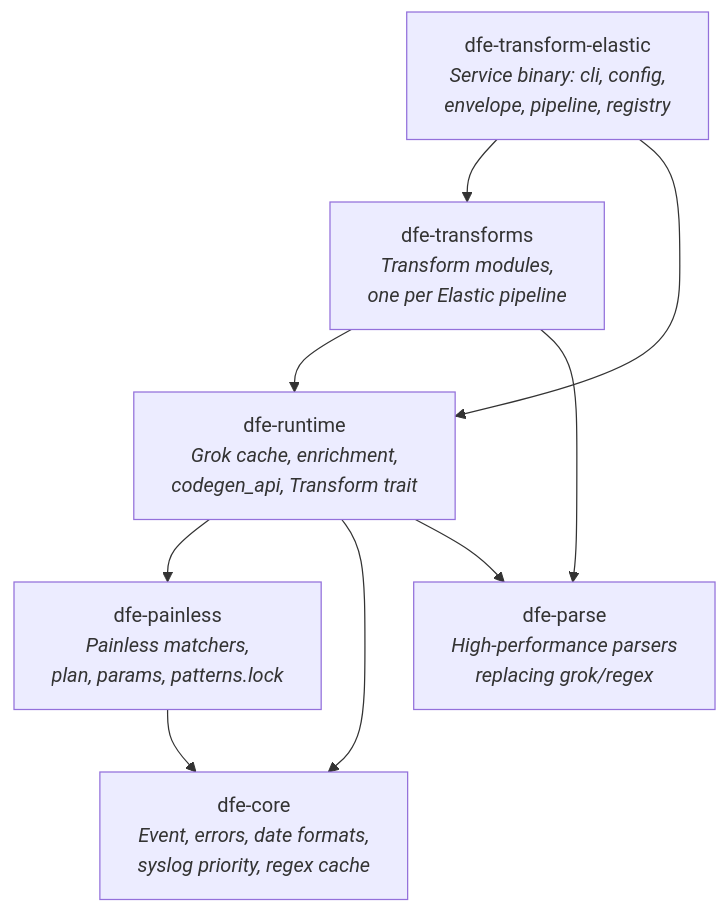
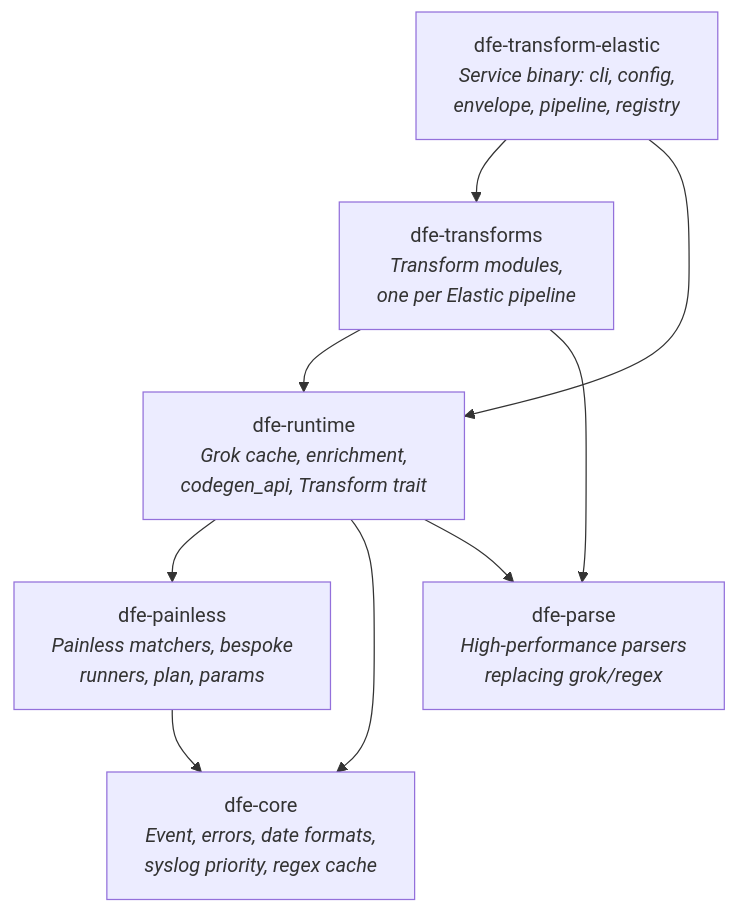
The second of 8 diagrams in docs/DESIGN.md (hyperi-io/dfe-transform-elastic), drawn with Mermaid before and after one commit. The commit also changed other lines of this file and 3 other files, not shown here.

````diff
--- a/docs/DESIGN.md
+++ b/docs/DESIGN.md
@@ -118,18 +124,18 @@
 ```mermaid
 flowchart TD
     service[dfe-transform-elastic<br/><i>Service binary: cli, config,<br/>envelope, pipeline, registry</i>]
     transforms[dfe-transforms<br/><i>Transform modules,<br/>one per Elastic pipeline</i>]
     runtime[dfe-runtime<br/><i>Grok cache, enrichment,<br/>codegen_api, Transform trait</i>]
-    painless[dfe-painless<br/><i>Painless matchers,<br/>plan, params, patterns.lock</i>]
+    painless[dfe-painless<br/><i>Painless matchers, bespoke<br/>runners, plan, params</i>]
     core[dfe-core<br/><i>Event, errors, date formats,<br/>syslog priority, regex cache</i>]
     parse[dfe-parse<br/><i>High-performance parsers<br/>replacing grok/regex</i>]
 
     service --> transforms
     service --> runtime
     transforms --> runtime
     transforms --> parse
     runtime --> painless
     runtime --> core
     runtime --> parse
     painless --> core
 ```
````
